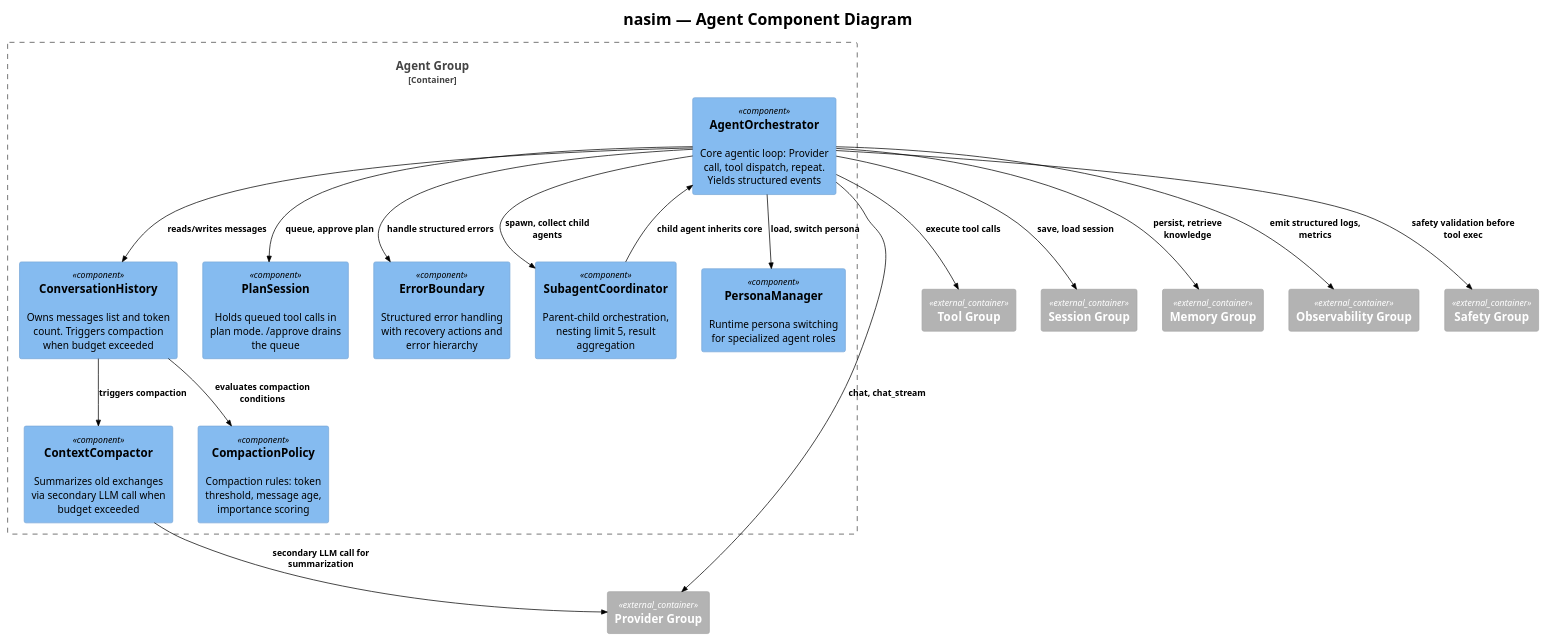
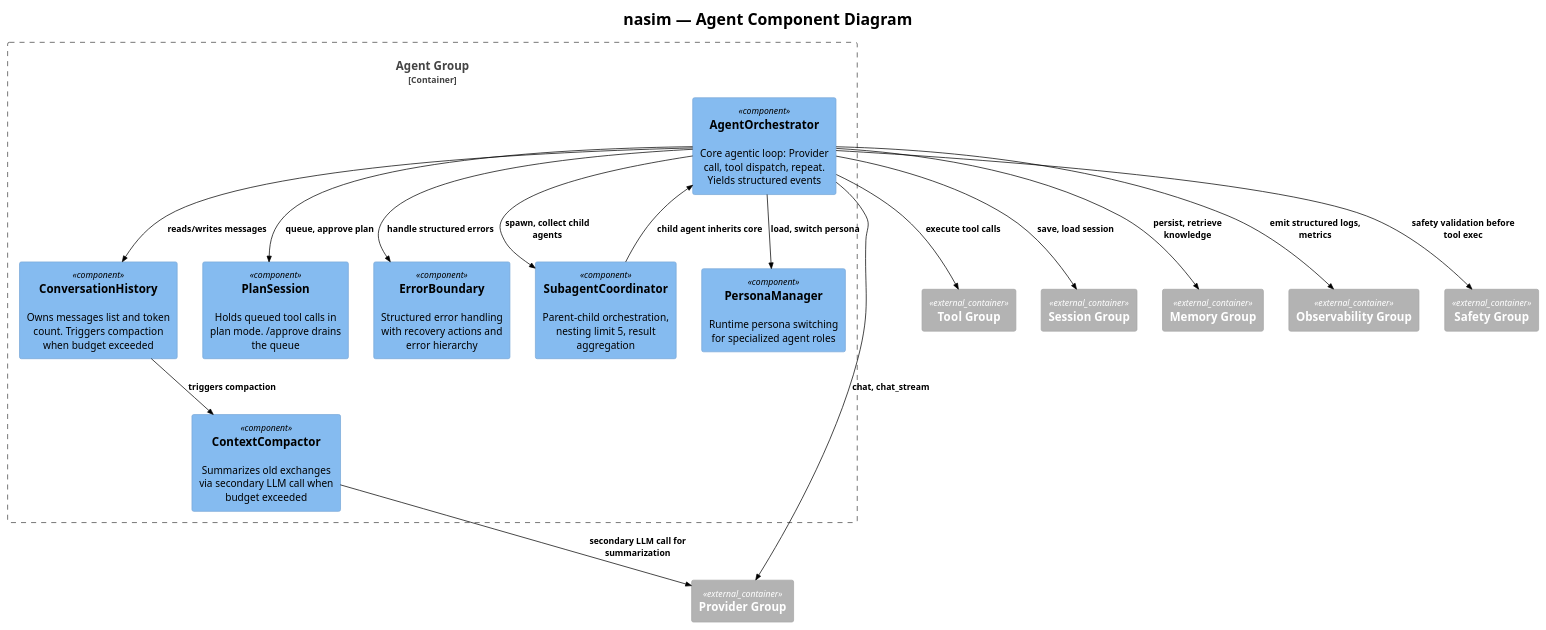
The diagram in docs/C4/c4_nasim_component_agent.puml (salimnamvar/nasim), drawn with PlantUML before and after one commit. The commit also changed 18 other files, not shown here.

```diff
--- a/docs/C4/c4_nasim_component_agent.puml
+++ b/docs/C4/c4_nasim_component_agent.puml
@@ -1,52 +1,50 @@
 @startuml c4_nasim_component_agent
 !include https://raw.githubusercontent.com/plantuml-stdlib/C4-PlantUML/v2.10.0/C4_Component.puml
 !theme plain
 
 
 ' ============================================================
 ' Title:     nasim — Agent Component Diagram
 ' Boundary:  nasim core library — Agent group
 ' Purpose:   Agent layer internal components
 ' Milestone: v1.0
 ' Version:   6.0.0
 ' Source:    docs/prompt/p1.md — corrective architecture review
 ' Review:    docs/audit/audit.2026.06.20.comprehensive.reference.audit.md
 ' ============================================================
 
 title nasim — Agent Component Diagram
 
 Container_Boundary(agent_boundary, "Agent Group") {
     Component(agent_orch, "AgentOrchestrator", "", "Core agentic loop: Provider call, tool dispatch, repeat. Yields structured events")
     Component(conv_history, "ConversationHistory", "", "Owns messages list and token count. Triggers compaction when budget exceeded")
     Component(compactor, "ContextCompactor", "", "Summarizes old exchanges via secondary LLM call when budget exceeded")
     Component(plan_session, "PlanSession", "", "Holds queued tool calls in plan mode. /approve drains the queue")
     Component(subagent_coord, "SubagentCoordinator", "", "Parent-child orchestration, nesting limit 5, result aggregation")
     Component(error_boundary, "ErrorBoundary", "", "Structured error handling with recovery actions and error hierarchy")
     Component(persona_mgr, "PersonaManager", "", "Runtime persona switching for specialized agent roles")
-    Component(compaction_policy, "CompactionPolicy", "", "Compaction rules: token threshold, message age, importance scoring")
 }
 
 Container_Ext(provider_boundary, "Provider Group")
 Container_Ext(tool_boundary, "Tool Group")
 Container_Ext(session_boundary, "Session Group")
 Container_Ext(memory_boundary, "Memory Group")
 Container_Ext(observability_group, "Observability Group")
 Container_Ext(safety_boundary, "Safety Group")
 
 Rel(agent_orch, provider_boundary, "chat, chat_stream")
 Rel(agent_orch, tool_boundary, "execute tool calls")
 Rel(agent_orch, conv_history, "reads/writes messages")
 Rel(agent_orch, safety_boundary, "safety validation before tool exec")
 Rel(agent_orch, subagent_coord, "spawn, collect child agents")
 Rel(agent_orch, error_boundary, "handle structured errors")
 Rel(agent_orch, persona_mgr, "load, switch persona")
 Rel(agent_orch, memory_boundary, "persist, retrieve knowledge")
 Rel(agent_orch, session_boundary, "save, load session")
 Rel(agent_orch, observability_group, "emit structured logs, metrics")
 Rel(agent_orch, plan_session, "queue, approve plan")
 Rel(conv_history, compactor, "triggers compaction")
-Rel(conv_history, compaction_policy, "evaluates compaction conditions")
 Rel(compactor, provider_boundary, "secondary LLM call for summarization")
 Rel(subagent_coord, agent_orch, "child agent inherits core")
 
 @enduml
```
